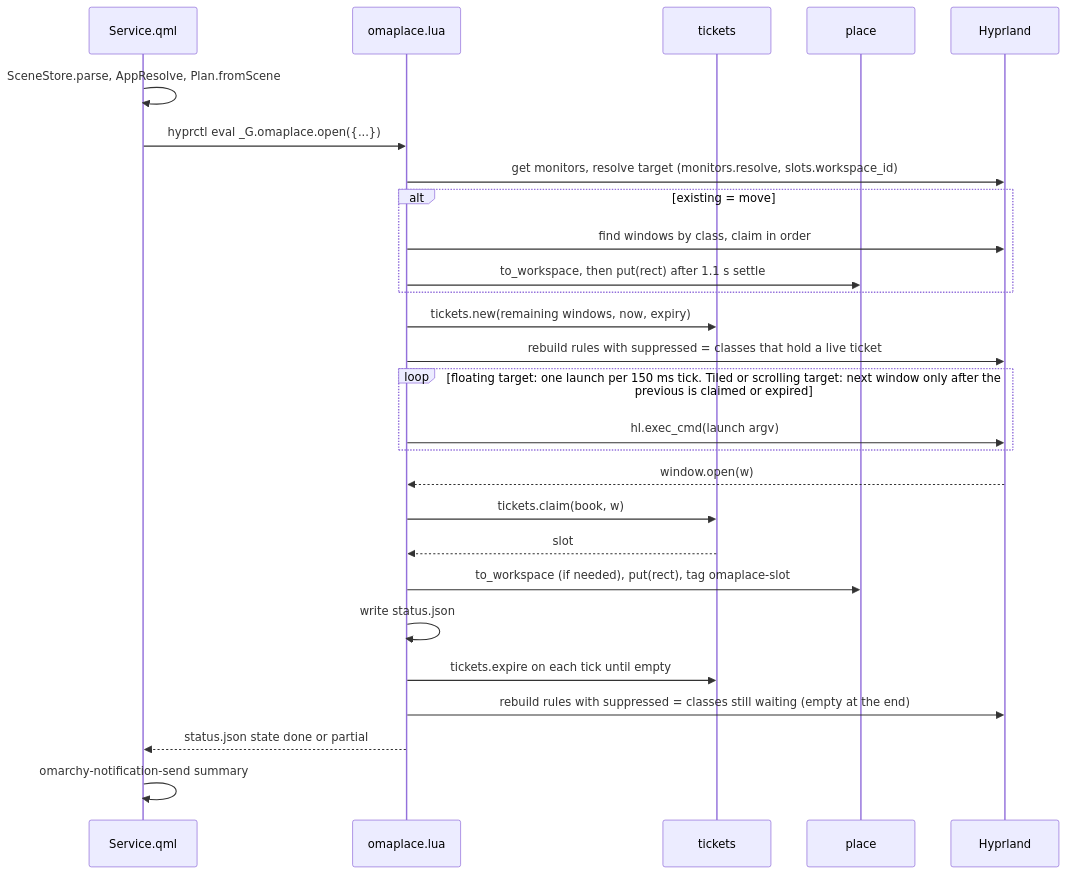
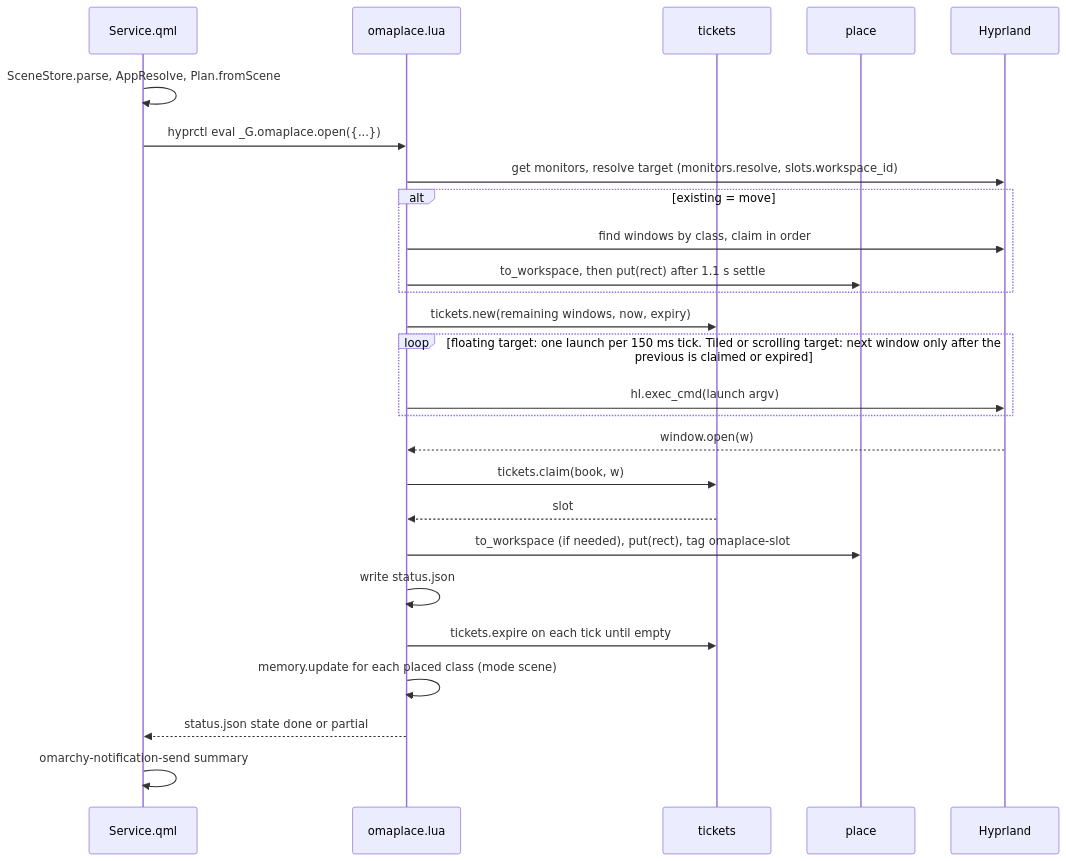
Before and after one commit to felipecpaiva/omaplace: the fourth of 5 diagrams in docs/design.md, drawn with Mermaid. The commit also changed other lines of this file and 1 other file, not shown here.

Commit message:
Design: Felipe's answers D9-D17, rules win in scenes, captured terminal folders with secret filter, app memory (F5)

````diff
--- a/docs/design.md
+++ b/docs/design.md
@@ -420,29 +438,28 @@
 ```mermaid
 sequenceDiagram
   participant S as Service.qml
   participant G as omaplace.lua
   participant T as tickets
   participant P as place
   participant H as Hyprland
   S->>S: SceneStore.parse, AppResolve, Plan.fromScene
   S->>G: hyprctl eval _G.omaplace.open({...})
   G->>H: get monitors, resolve target (monitors.resolve, slots.workspace_id)
   alt existing = move
     G->>H: find windows by class, claim in order
     G->>P: to_workspace, then put(rect) after 1.1 s settle
   end
   G->>T: tickets.new(remaining windows, now, expiry)
-  G->>H: rebuild rules with suppressed = classes that hold a live ticket
   loop floating target: one launch per 150 ms tick. Tiled or scrolling target: next window only after the previous is claimed or expired
     G->>H: hl.exec_cmd(launch argv)
   end
   H-->>G: window.open(w)
   G->>T: tickets.claim(book, w)
   T-->>G: slot
   G->>P: to_workspace (if needed), put(rect), tag omaplace-slot
   G->>G: write status.json
   G->>T: tickets.expire on each tick until empty
-  G->>H: rebuild rules with suppressed = classes still waiting (empty at the end)
+  G->>G: memory.update for each placed class (mode scene)
   G-->>S: status.json state done or partial
   S->>S: omarchy-notification-send summary
 ```
````
